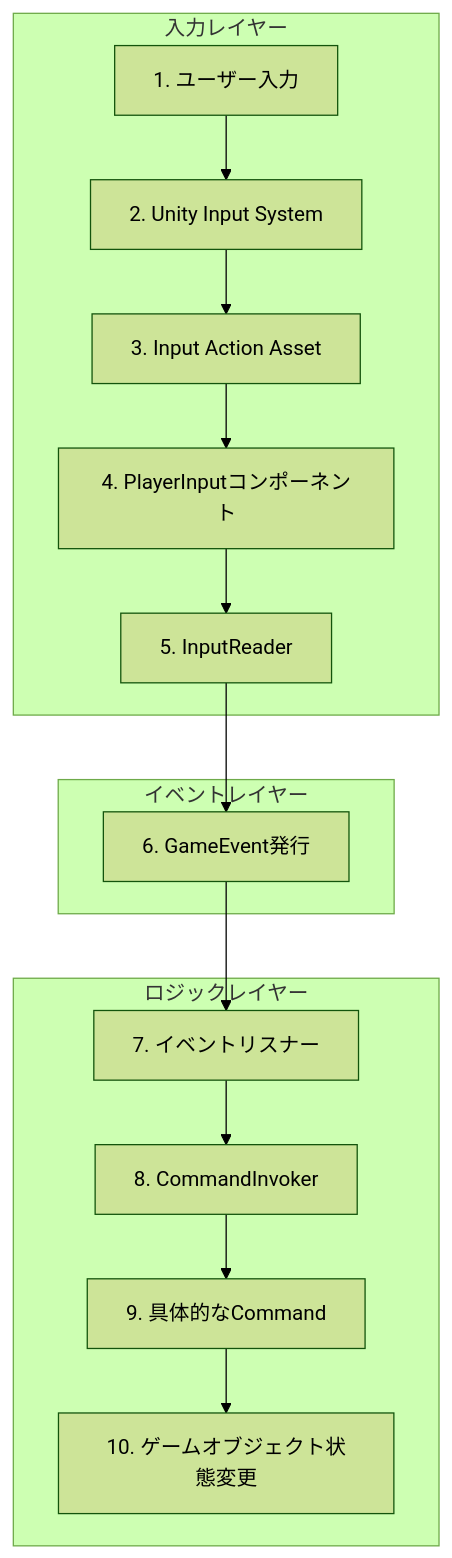
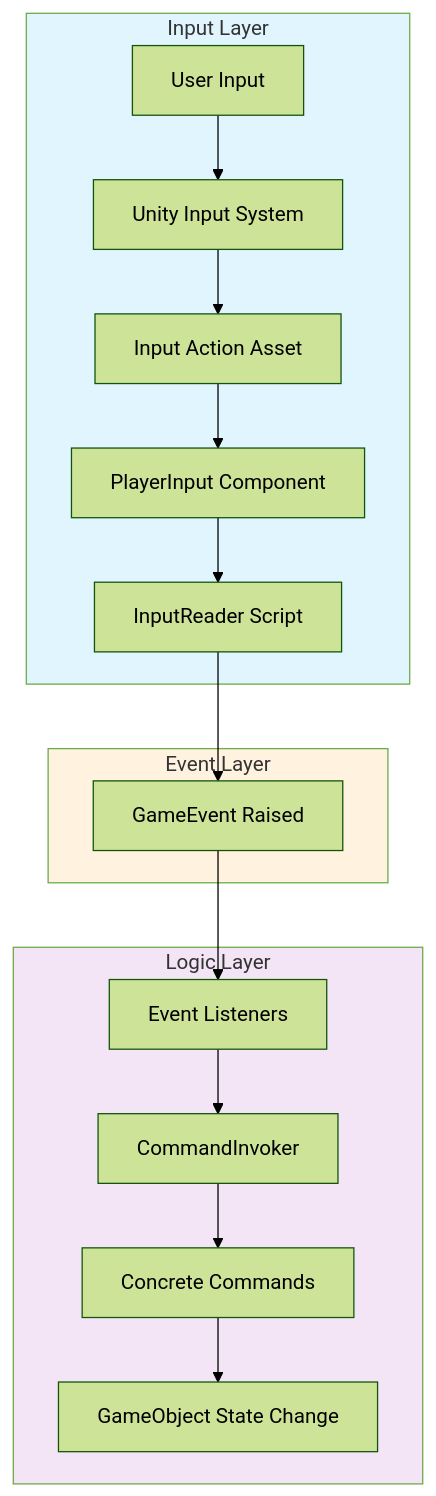
Before and after one commit to u-satoru/URP3D_Base01: the diagram in Assets/_Project/Docs/InputImplementationFlow.md, drawn with Mermaid (forest theme).

Commit message:
mermaidブロック修正

````diff
--- a/Assets/_Project/Docs/InputImplementationFlow.md
+++ b/Assets/_Project/Docs/InputImplementationFlow.md
@@ -11,31 +11,35 @@
 ```mermaid
-graph TD
-    A["1. ユーザー入力"] --> B["2. Unity Input System"]
-    B --> C["3. Input Action Asset"]
-    C --> D["4. PlayerInputコンポーネント"]
-    D --> E["5. InputReader"]
-    E --> F["6. GameEvent発行"]
-    F --> G["7. イベントリスナー"]
-    G --> H["8. CommandInvoker"]
-    H --> I["9. 具体的なCommand"]
-    I --> J["10. ゲームオブジェクト状態変更"]
+flowchart TD
+    A[User Input] --> B[Unity Input System]
+    B --> C[Input Action Asset]
+    C --> D[PlayerInput Component]
+    D --> E[InputReader Script]
+    E --> F[GameEvent Raised]
+    F --> G[Event Listeners]
+    G --> H[CommandInvoker]
+    H --> I[Concrete Commands]
+    I --> J[GameObject State Change]
 
-    subgraph InputLayer ["入力レイヤー"]
+    subgraph input [Input Layer]
         A
         B
         C
         D
         E
     end
 
-    subgraph EventLayer ["イベントレイヤー"]
+    subgraph event [Event Layer]
         F
     end
 
-    subgraph LogicLayer ["ロジックレイヤー"]
+    subgraph logic [Logic Layer]
         G
         H
         I
         J
     end
+
+    style input fill:#e1f5fe
+    style event fill:#fff3e0
+    style logic fill:#f3e5f5
 ```
````
